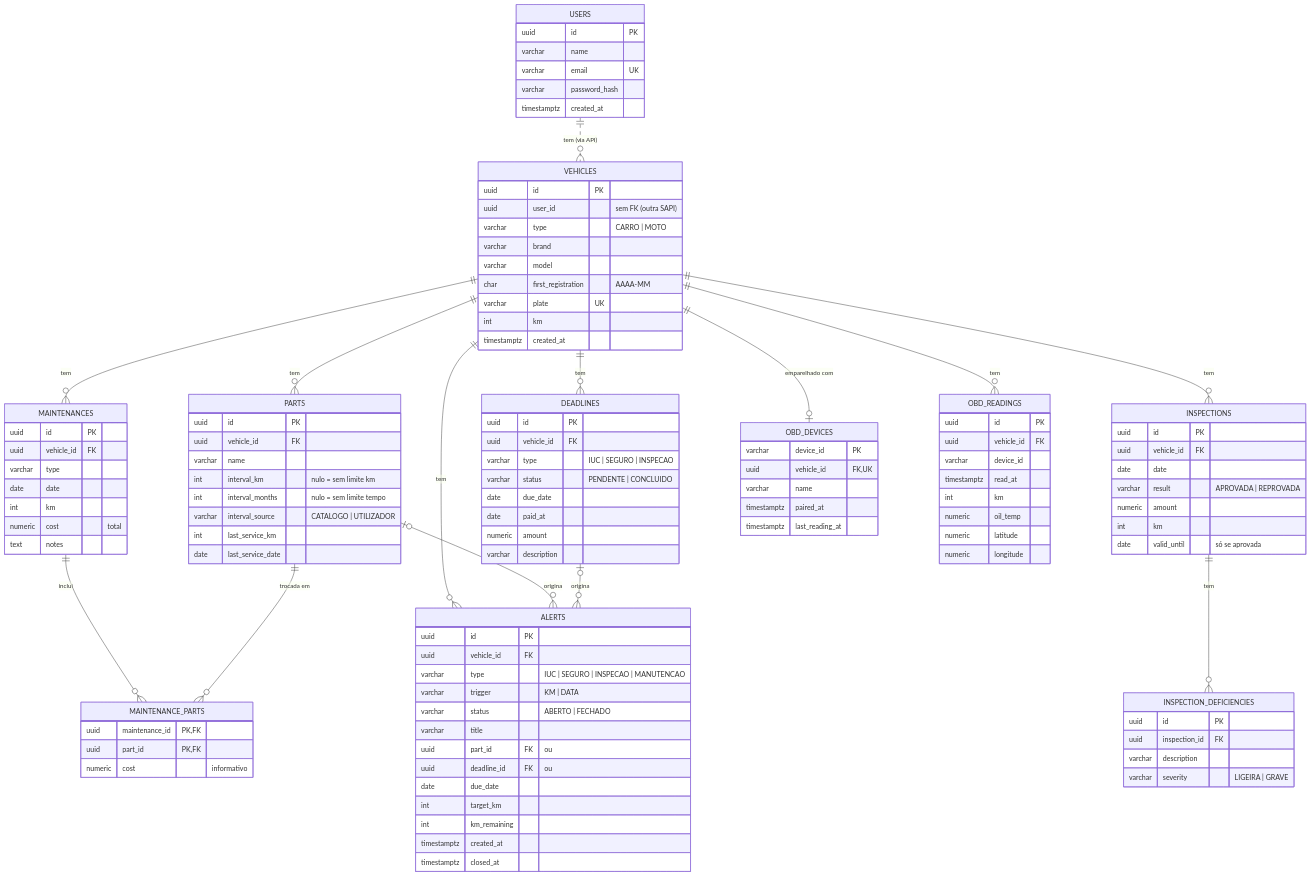
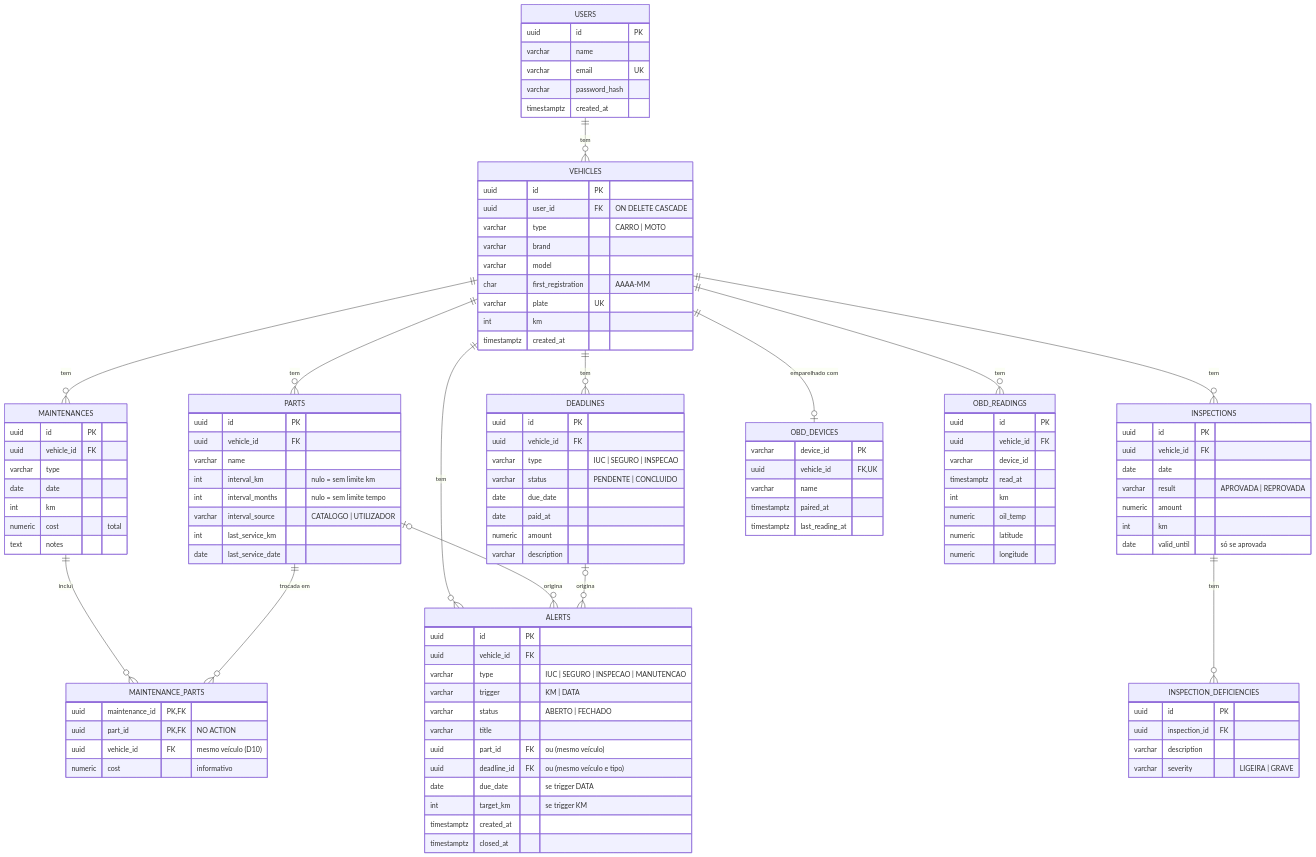
The diagram in docs/data/er-diagram.md (RafaelMedeiros43/CarMotoCare), drawn with Mermaid before and after one commit. The commit also changed other lines of this file and 48 other files, not shown here.

```diff
--- a/docs/data/er-diagram.md
+++ b/docs/data/er-diagram.md
@@ -11,7 +14,7 @@
     }
     VEHICLES {
         uuid id PK
-        uuid user_id "sem FK (outra SAPI)"
+        uuid user_id FK "ON DELETE CASCADE"
         varchar type "CARRO | MOTO"
         varchar brand
         varchar model
@@ -51,7 +54,8 @@
     }
     MAINTENANCE_PARTS {
         uuid maintenance_id PK,FK
-        uuid part_id PK,FK
+        uuid part_id PK,FK "NO ACTION"
+        uuid vehicle_id FK "mesmo veículo (D10)"
         numeric cost "informativo"
     }
     INSPECTIONS {
@@ -76,11 +80,10 @@
         varchar trigger "KM | DATA"
         varchar status "ABERTO | FECHADO"
         varchar title
-        uuid part_id FK "ou"
-        uuid deadline_id FK "ou"
-        date due_date
-        int target_km
-        int km_remaining
+        uuid part_id FK "ou (mesmo veículo)"
+        uuid deadline_id FK "ou (mesmo veículo e tipo)"
+        date due_date "se trigger DATA"
+        int target_km "se trigger KM"
         timestamptz created_at
         timestamptz closed_at
     }
@@ -102,7 +105,7 @@
         numeric longitude
     }
 
-    USERS ||..o{ VEHICLES : "tem (via API)"
+    USERS ||--o{ VEHICLES : tem
     VEHICLES ||--o{ PARTS : tem
     VEHICLES ||--o{ DEADLINES : tem
     VEHICLES ||--o{ MAINTENANCES : tem
```
